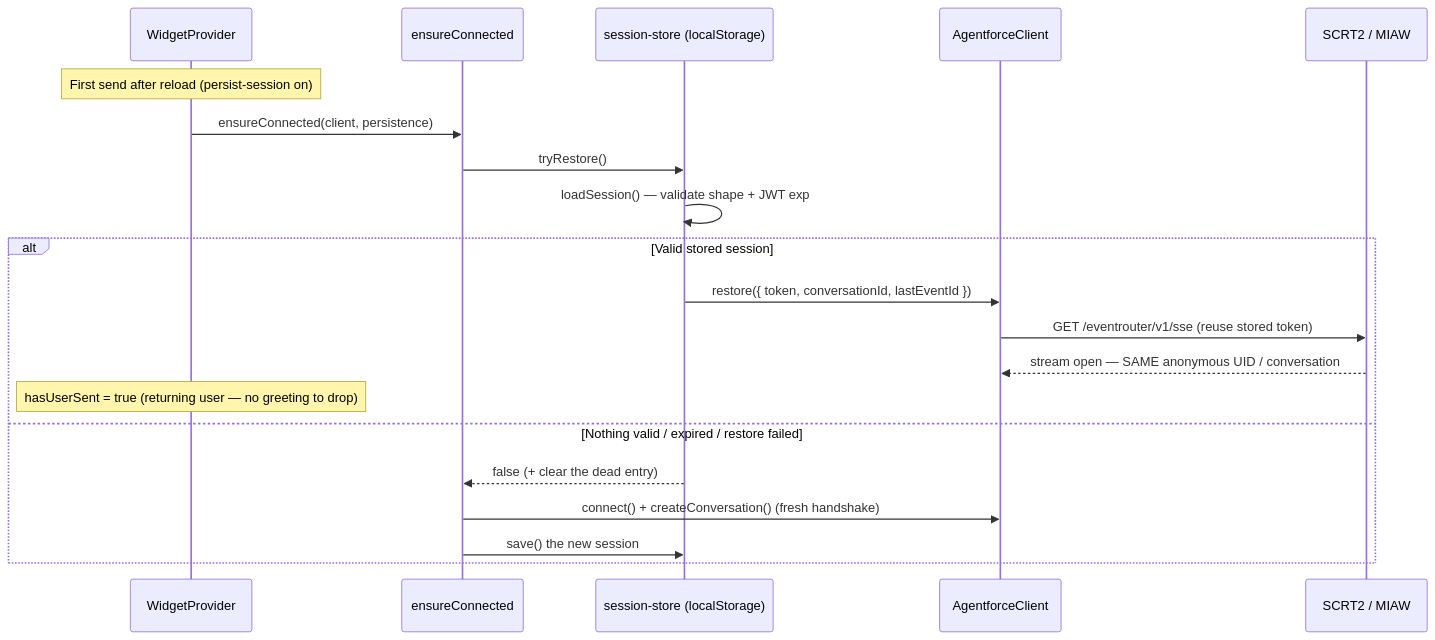
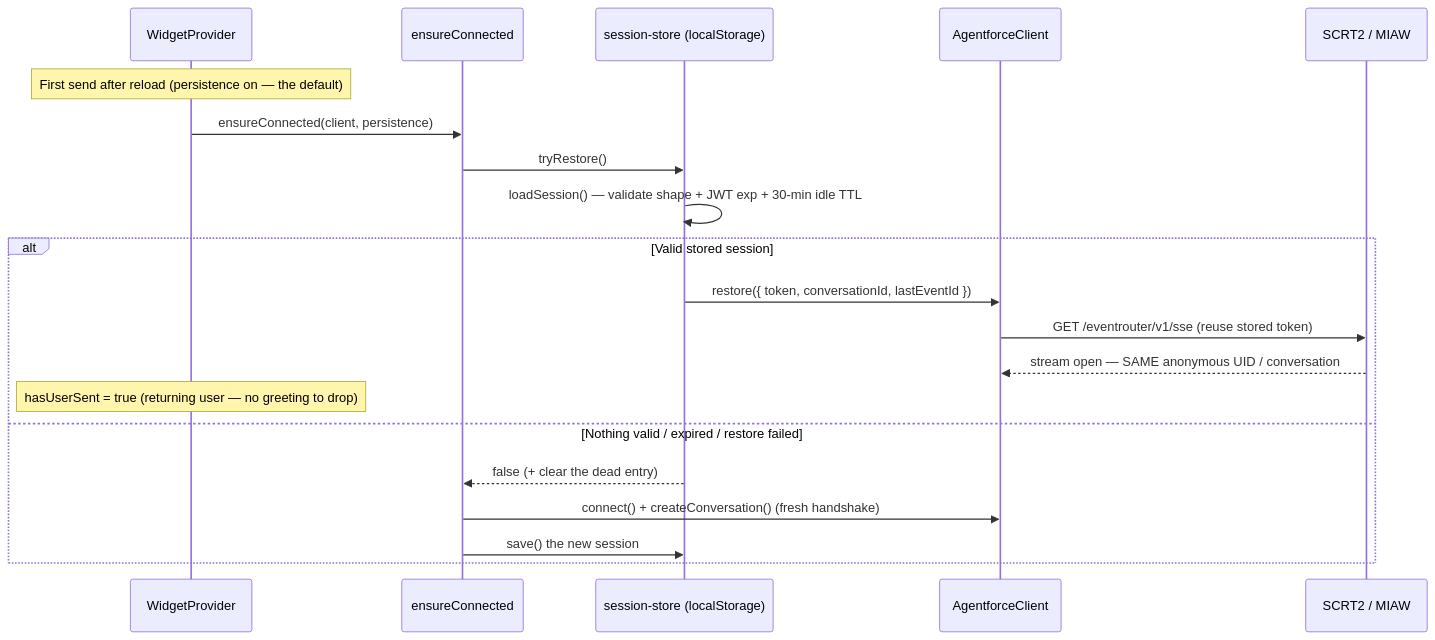
Before and after one commit to SalesforceCommerceCloud/inline-agent-widget: the third of 4 diagrams in docs/architecture.md, drawn with Mermaid. The commit also changed other lines of this file and 14 other files, not shown here.

````diff
--- a/docs/architecture.md
+++ b/docs/architecture.md
@@ -203,24 +211,24 @@
 ```mermaid
 sequenceDiagram
     participant WP as WidgetProvider
     participant EC as ensureConnected
     participant PS as session-store (localStorage)
     participant CL as AgentforceClient
     participant SF as SCRT2 / MIAW
 
-    Note over WP: First send after reload (persist-session on)
+    Note over WP: First send after reload (persistence on — the default)
     WP->>EC: ensureConnected(client, persistence)
     EC->>PS: tryRestore()
-    PS->>PS: loadSession() — validate shape + JWT exp
+    PS->>PS: loadSession() — validate shape + JWT exp + 30-min idle TTL
 
     alt Valid stored session
         PS->>CL: restore({ token, conversationId, lastEventId })
         CL->>SF: GET /eventrouter/v1/sse  (reuse stored token)
         SF-->>CL: stream open — SAME anonymous UID / conversation
         Note over WP: hasUserSent = true (returning user — no greeting to drop)
     else Nothing valid / expired / restore failed
         PS-->>EC: false  (+ clear the dead entry)
         EC->>CL: connect() + createConversation()  (fresh handshake)
         EC->>PS: save() the new session
     end
 ```
````
